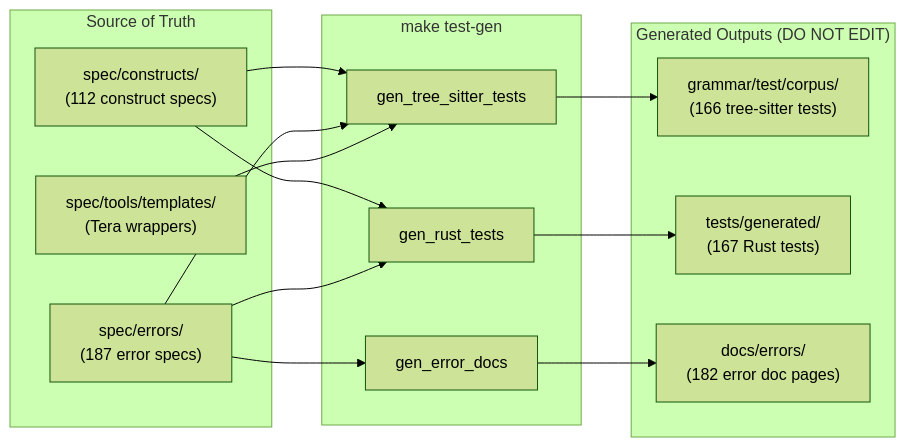
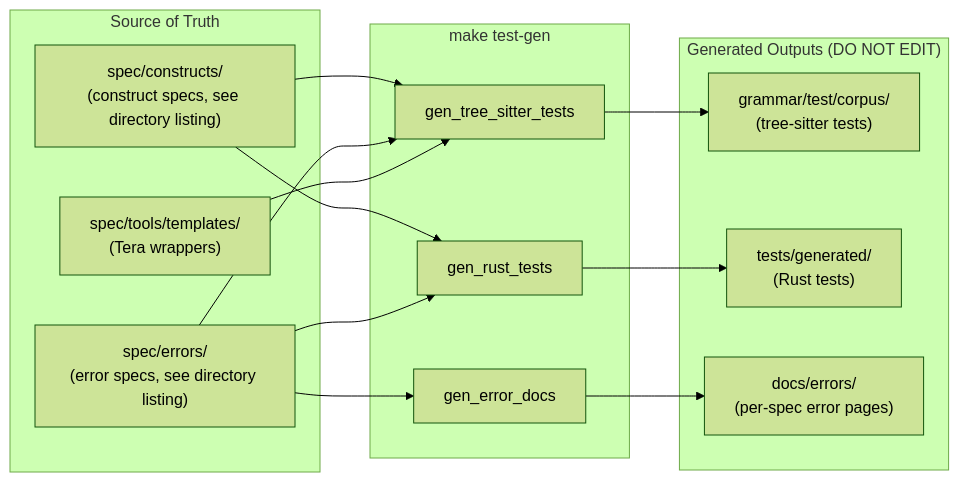
One commit to TalkBank/talkbank-tools changed the first of 3 diagrams in book/src/contributing/testing.md. Above: the diagram before and after it, drawn with Mermaid (forest theme). The commit also changed other lines of this file and 246 other files, not shown here.

````diff
--- a/book/src/contributing/testing.md
+++ b/book/src/contributing/testing.md
@@ -12,29 +12,29 @@
 ```mermaid
 flowchart LR
     subgraph sources["Source of Truth"]
-        constructs["spec/constructs/\n(112 construct specs)"]
-        errors["spec/errors/\n(187 error specs)"]
+        constructs["spec/constructs/\n(construct specs, see directory listing)"]
+        errors["spec/errors/\n(error specs, see directory listing)"]
         templates["spec/tools/templates/\n(Tera wrappers)"]
     end
 
     subgraph generators["make test-gen"]
         gen_ts["gen_tree_sitter_tests"]
         gen_rust["gen_rust_tests"]
         gen_docs["gen_error_docs"]
     end
 
     subgraph outputs["Generated Outputs (DO NOT EDIT)"]
-        ts_tests["grammar/test/corpus/\n(166 tree-sitter tests)"]
-        rust_tests["tests/generated/\n(167 Rust tests)"]
-        error_docs["docs/errors/\n(182 error doc pages)"]
+        ts_tests["grammar/test/corpus/\n(tree-sitter tests)"]
+        rust_tests["tests/generated/\n(Rust tests)"]
+        error_docs["docs/errors/\n(per-spec error pages)"]
     end
 
     constructs & errors --> gen_ts
     templates --> gen_ts
     constructs & errors --> gen_rust
     errors --> gen_docs
 
     gen_ts --> ts_tests
     gen_rust --> rust_tests
     gen_docs --> error_docs
 ```
````
